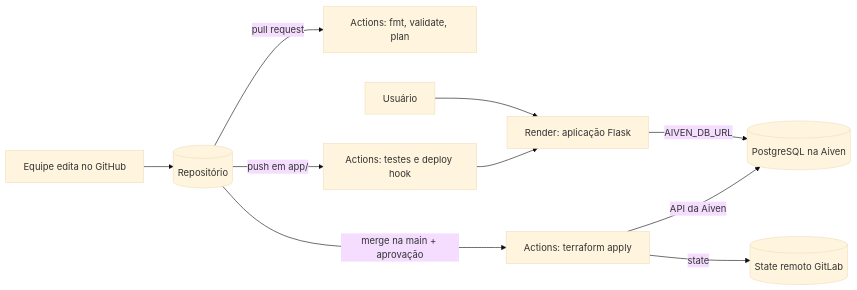
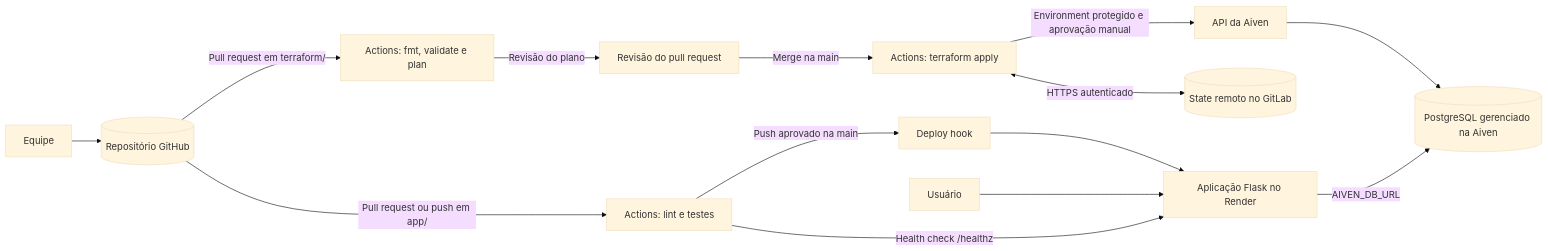
The diagram in docs/arquitetura.md (caioba19/Devops-Pipeline-AV3), drawn with Mermaid (base theme) before and after one commit. The commit also changed other lines of this file and 10 other files, not shown here.

````diff
--- a/docs/arquitetura.md
+++ b/docs/arquitetura.md
@@ -6,12 +11,16 @@
 ```mermaid
 flowchart LR
-  Dev[Equipe edita no GitHub] --> Repo[(Repositório)]
-  Repo -->|pull request| Plan[Actions: fmt, validate, plan]
-  Repo -->|merge na main + aprovação| Apply[Actions: terraform apply]
-  Apply -->|API da Aiven| PG[(PostgreSQL na Aiven)]
-  Apply -->|state| State[(State remoto GitLab)]
-  Repo -->|push em app/| CI[Actions: testes e deploy hook]
-  CI --> Render[Render: aplicação Flask]
+  Dev[Equipe] --> Repo[(Repositório GitHub)]
+  Repo -->|Pull request em terraform/| Plan[Actions: fmt, validate e plan]
+  Plan -->|Revisão do plano| Review[Revisão do pull request]
+  Review -->|Merge na main| Apply[Actions: terraform apply]
+  Apply -->|Environment protegido e aprovação manual| AivenAPI[API da Aiven]
+  AivenAPI --> PG[(PostgreSQL gerenciado na Aiven)]
+  Apply <-->|HTTPS autenticado| State[(State remoto no GitLab)]
+  Repo -->|Pull request ou push em app/| CI[Actions: lint e testes]
+  CI -->|Push aprovado na main| Deploy[Deploy hook]
+  Deploy --> Render[Aplicação Flask no Render]
   Render -->|AIVEN_DB_URL| PG
-  Usuario[Usuário] --> Render
+  Browser[Usuário] --> Render
+  CI -->|Health check /healthz| Render
 ```
````
